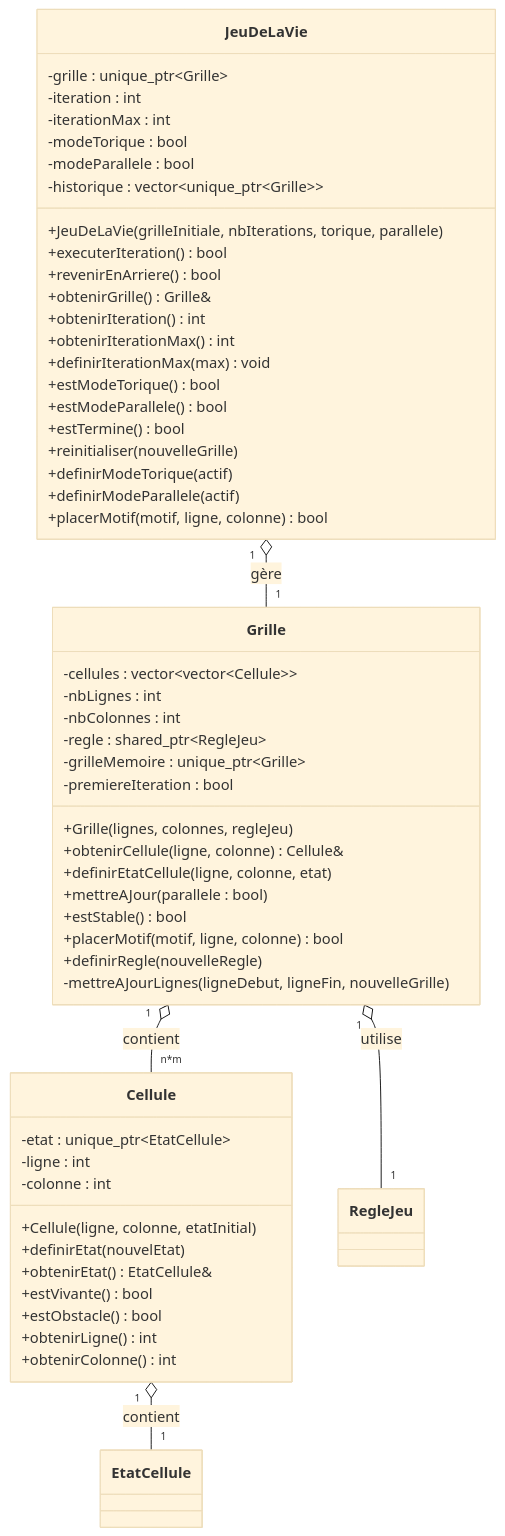
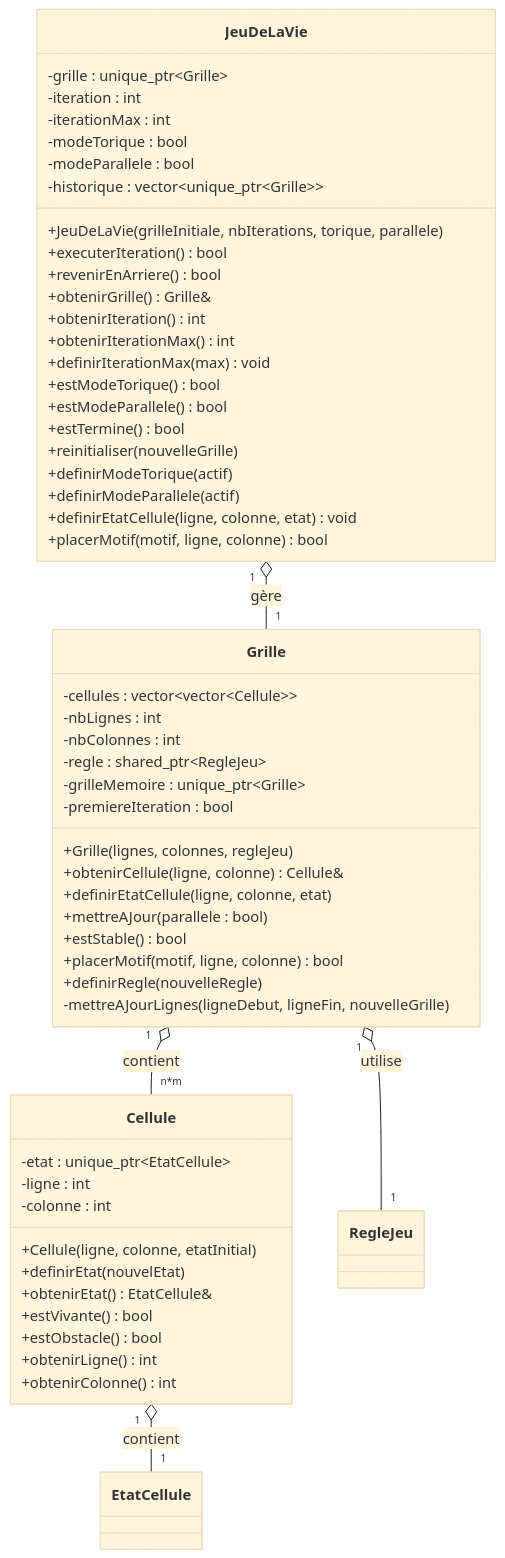
The third of 11 diagrams in CONCEPTION.md (kira-mari/jeu-de-la-vie), drawn with Mermaid (base theme) before and after one commit. The commit also changed other lines of this file and 7 other files, not shown here.

````diff
--- a/CONCEPTION.md
+++ b/CONCEPTION.md
@@ -71,60 +71,61 @@
 ```mermaid
 classDiagram
     class Cellule {
         -etat : unique_ptr~EtatCellule~
         -ligne : int
         -colonne : int
         +Cellule(ligne, colonne, etatInitial)
         +definirEtat(nouvelEtat)
         +obtenirEtat() EtatCellule&
         +estVivante() bool
         +estObstacle() bool
         +obtenirLigne() int
         +obtenirColonne() int
     }
     
     class Grille {
         -cellules : vector~vector~Cellule~~
         -nbLignes : int
         -nbColonnes : int
         -regle : shared_ptr~RegleJeu~
         -grilleMemoire : unique_ptr~Grille~
         -premiereIteration : bool
         +Grille(lignes, colonnes, regleJeu)
         +obtenirCellule(ligne, colonne) Cellule&
         +definirEtatCellule(ligne, colonne, etat)
         +mettreAJour(parallele : bool)
         +estStable() bool
         +placerMotif(motif, ligne, colonne) bool
         +definirRegle(nouvelleRegle)
         -mettreAJourLignes(ligneDebut, ligneFin, nouvelleGrille)
     }
     
     class JeuDeLaVie {
         -grille : unique_ptr~Grille~
         -iteration : int
         -iterationMax : int
         -modeTorique : bool
         -modeParallele : bool
         -historique : vector~unique_ptr~Grille~~
         +JeuDeLaVie(grilleInitiale, nbIterations, torique, parallele)
         +executerIteration() bool
         +revenirEnArriere() bool
         +obtenirGrille() Grille&
         +obtenirIteration() int
         +obtenirIterationMax() int
         +definirIterationMax(max) void
         +estModeTorique() bool
         +estModeParallele() bool
         +estTermine() bool
         +reinitialiser(nouvelleGrille)
         +definirModeTorique(actif)
         +definirModeParallele(actif)
+        +definirEtatCellule(ligne, colonne, etat) void
         +placerMotif(motif, ligne, colonne) bool
     }
     
     Cellule "1" o-- "1" EtatCellule : contient
     Grille "1" o-- "n*m" Cellule : contient
     Grille "1" o-- "1" RegleJeu : utilise
     JeuDeLaVie "1" o-- "1" Grille : gère
 ```
````
